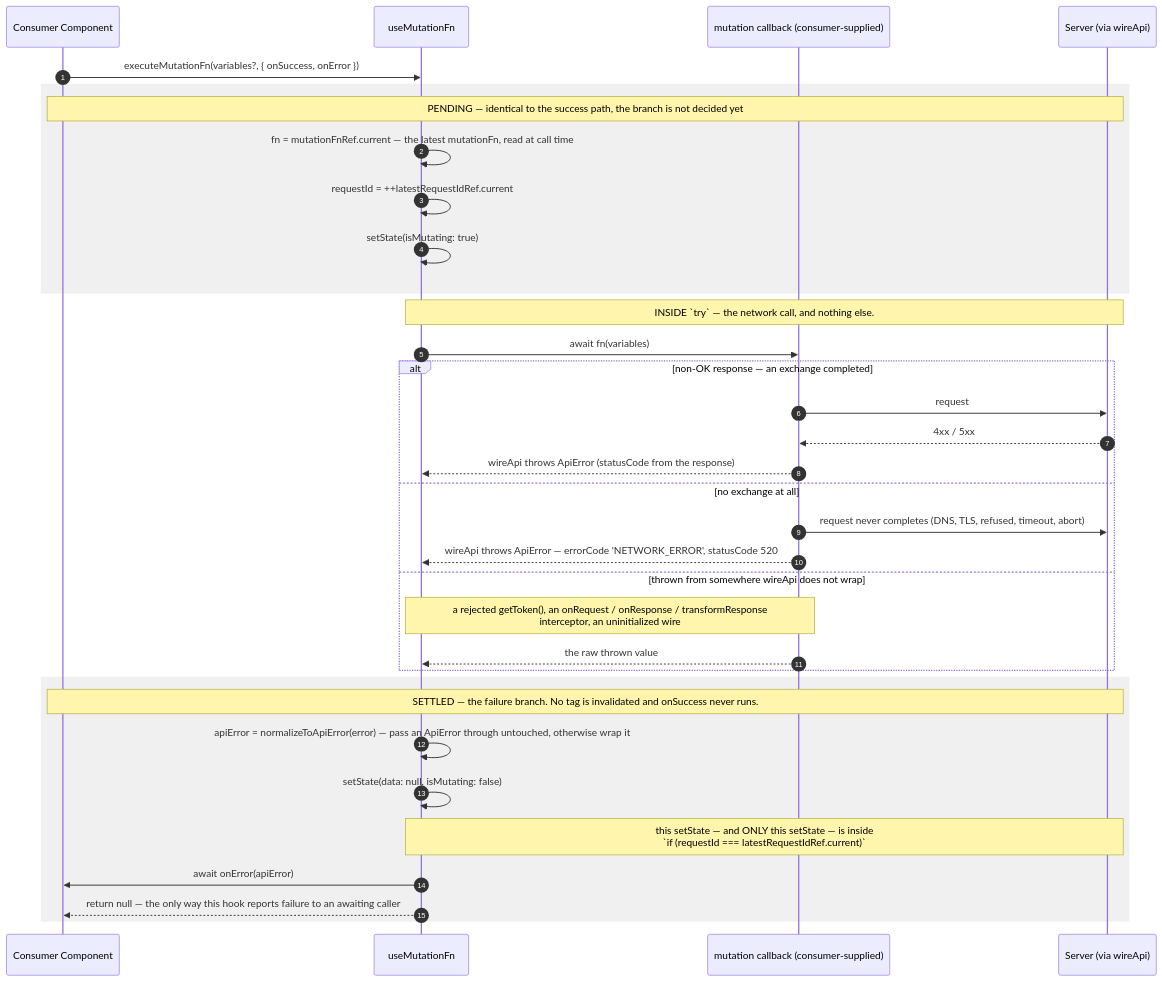
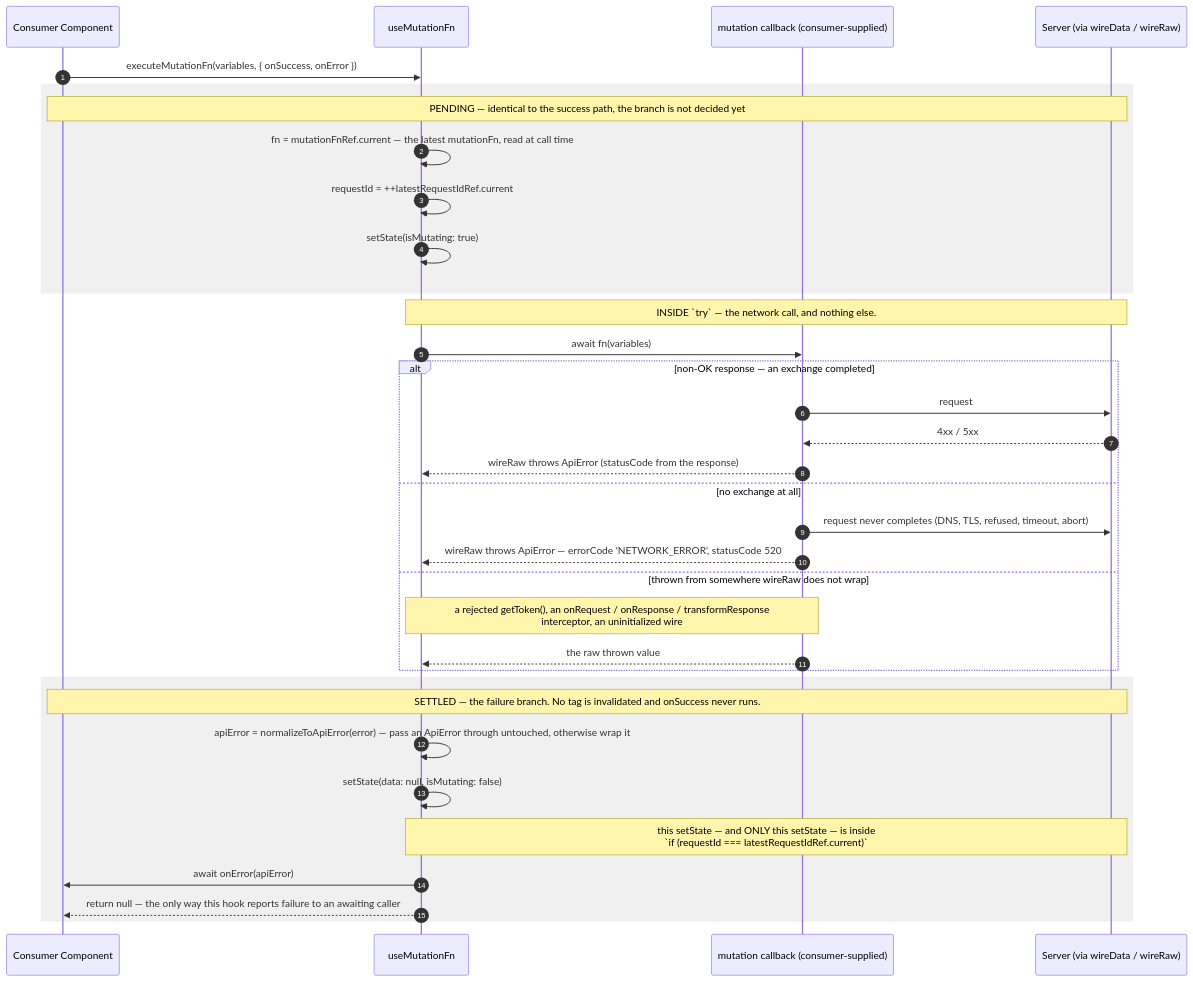
The third of 4 diagrams in docs/architecture/USE-MUTATION-FN-FLOW.md (chuhaiphu/fetchwire), drawn with Mermaid before and after one commit. The commit also changed other lines of this file and 18 other files, not shown here.

First line of the commit message:
refactor: update mutation and fetch hooks to return raw data instead of HttpResponse

````diff
--- a/docs/architecture/USE-MUTATION-FN-FLOW.md
+++ b/docs/architecture/USE-MUTATION-FN-FLOW.md
@@ -127,41 +127,41 @@
 ```mermaid
 sequenceDiagram
     autonumber
     participant Cmp as Consumer Component
     participant H as useMutationFn
     participant Fn as mutation callback (consumer-supplied)
-    participant API as Server (via wireApi)
+    participant API as Server (via wireData / wireRaw)
 
-    Cmp->>H: executeMutationFn(variables?, { onSuccess, onError })
+    Cmp->>H: executeMutationFn(variables, { onSuccess, onError })
 
     rect rgba(128,128,128,0.12)
         Note over Cmp,API: PENDING — identical to the success path, the branch is not decided yet
         H->>H: fn = mutationFnRef.current — the latest mutationFn, read at call time
         H->>H: requestId = ++latestRequestIdRef.current
         H->>H: setState(isMutating: true)
     end
 
     Note over H,API: INSIDE `try` — the network call, and nothing else.
     H->>Fn: await fn(variables)
 
     alt non-OK response — an exchange completed
         Fn->>API: request
         API-->>Fn: 4xx / 5xx
-        Fn-->>H: wireApi throws ApiError (statusCode from the response)
+        Fn-->>H: wireRaw throws ApiError (statusCode from the response)
     else no exchange at all
         Fn->>API: request never completes (DNS, TLS, refused, timeout, abort)
-        Fn-->>H: wireApi throws ApiError — errorCode 'NETWORK_ERROR', statusCode 520
-    else thrown from somewhere wireApi does not wrap
+        Fn-->>H: wireRaw throws ApiError — errorCode 'NETWORK_ERROR', statusCode 520
+    else thrown from somewhere wireRaw does not wrap
         Note over Fn,H: a rejected getToken(), an onRequest / onResponse / transformResponse<br/>interceptor, an uninitialized wire
         Fn-->>H: the raw thrown value
     end
 
     rect rgba(128,128,128,0.12)
         Note over Cmp,API: SETTLED — the failure branch. No tag is invalidated and onSuccess never runs.
         H->>H: apiError = normalizeToApiError(error) — pass an ApiError through untouched, otherwise wrap it
         H->>H: setState(data: null, isMutating: false)
         Note over H,API: this setState — and ONLY this setState — is inside<br/>`if (requestId === latestRequestIdRef.current)`
         H->>Cmp: await onError(apiError)
         H-->>Cmp: return null — the only way this hook reports failure to an awaiting caller
     end
 ```
````
